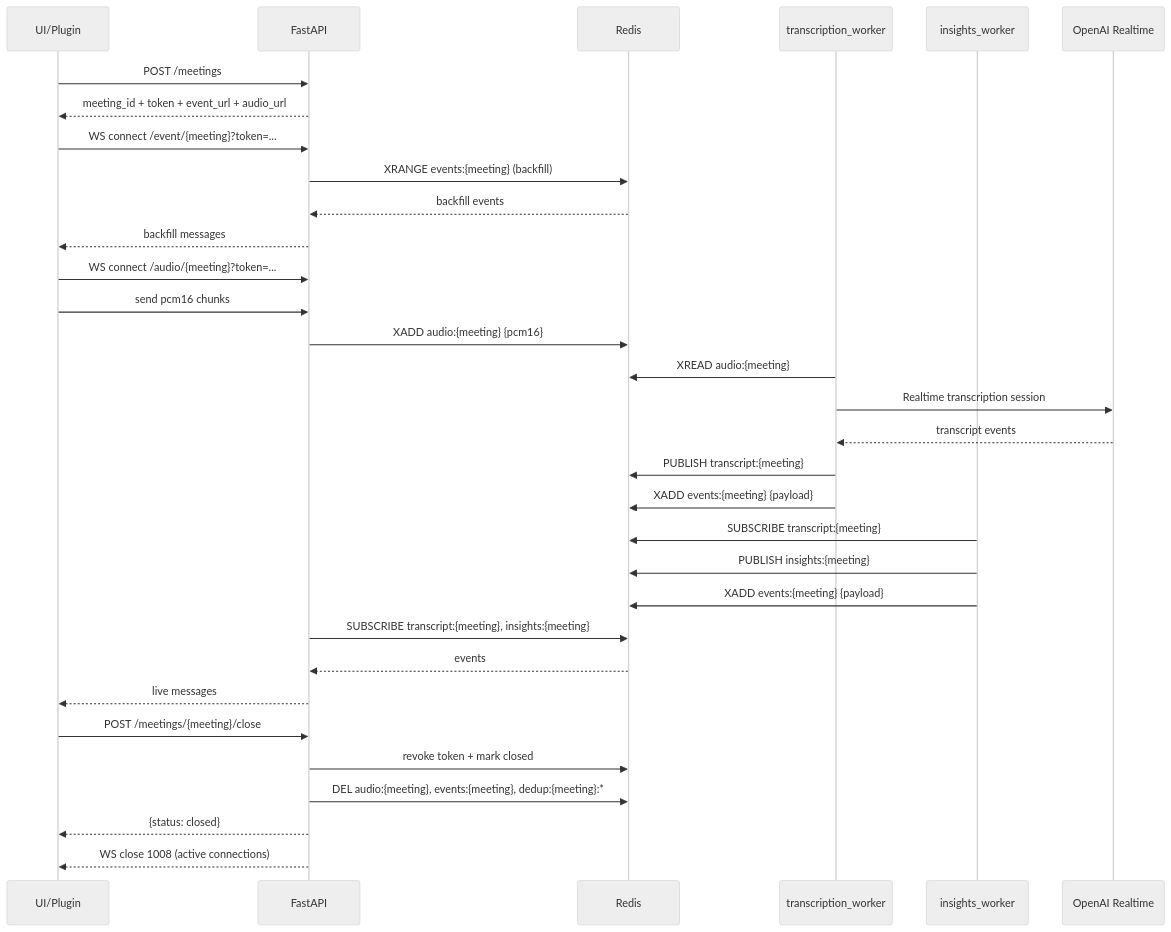
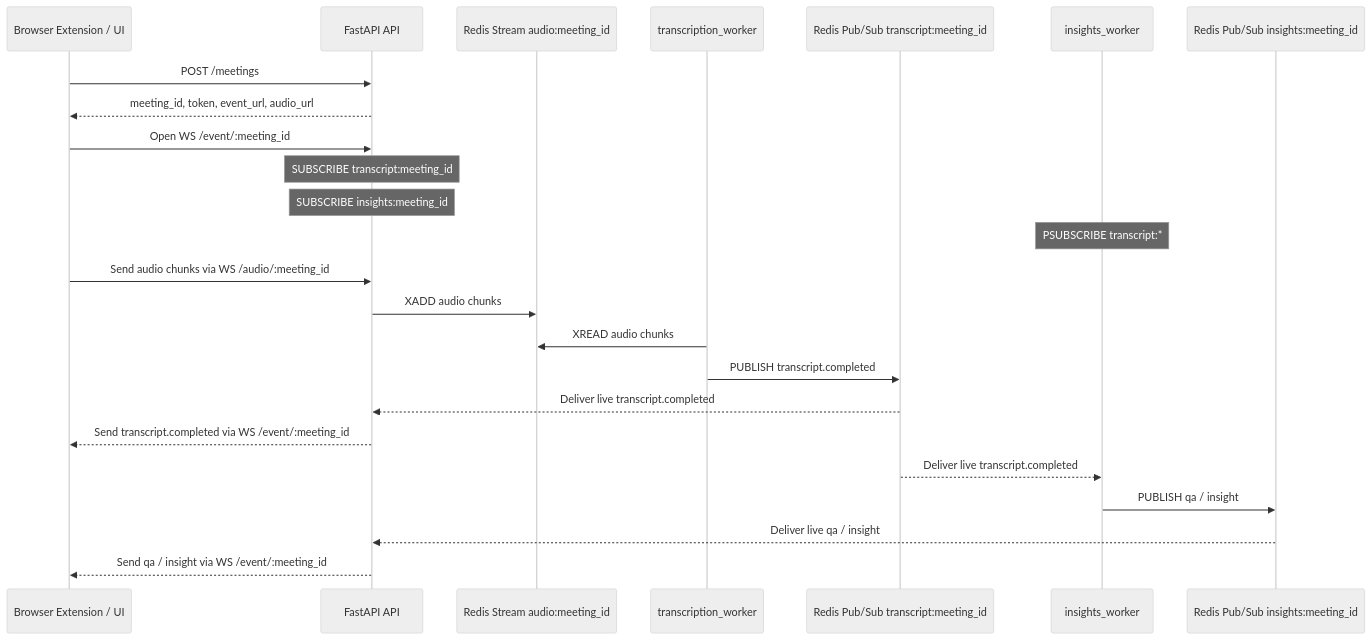
The second of 3 diagrams in README.md (GuuhRodrigues/context_ai_plugin), drawn with Mermaid (neutral theme) before and after one commit. The commit also changed other lines of this file, not shown here.

Commit message:
chore: clarify websocket event and observability flows

````diff
--- a/README.md
+++ b/README.md
@@ -83,41 +56,32 @@
 ```mermaid
 sequenceDiagram
-  participant UI as UI/Plugin
-  participant API as FastAPI
-  participant Redis as Redis
-  participant TR as transcription_worker
-  participant IN as insights_worker
-  participant OpenAI as OpenAI Realtime
+  participant UI as Browser Extension / UI
+  participant API as FastAPI API
+  participant Audio as Redis Stream audio:meeting_id
+  participant T as transcription_worker
+  participant Transcript as Redis Pub/Sub transcript:meeting_id
+  participant I as insights_worker
+  participant Insights as Redis Pub/Sub insights:meeting_id
 
   UI->>API: POST /meetings
-  API-->>UI: meeting_id + token + event_url + audio_url
+  API-->>UI: meeting_id, token, event_url, audio_url
 
-  UI->>API: WS connect /event/{meeting}?token=...
-  API->>Redis: XRANGE events:{meeting} (backfill)
-  Redis-->>API: backfill events
-  API-->>UI: backfill messages
+  UI->>API: Open WS /event/:meeting_id
+  Note over API: SUBSCRIBE transcript:meeting_id
+  Note over API: SUBSCRIBE insights:meeting_id
+  Note over I: PSUBSCRIBE transcript:*
 
-  UI->>API: WS connect /audio/{meeting}?token=...
-  UI->>API: send pcm16 chunks
-  API->>Redis: XADD audio:{meeting} {pcm16}
+  UI->>API: Send audio chunks via WS /audio/:meeting_id
 
-  TR->>Redis: XREAD audio:{meeting}
-  TR->>OpenAI: Realtime transcription session
-  OpenAI-->>TR: transcript events
-  TR->>Redis: PUBLISH transcript:{meeting}
-  TR->>Redis: XADD events:{meeting} {payload}
+  API->>Audio: XADD audio chunks
+  T->>Audio: XREAD audio chunks
+  T->>Transcript: PUBLISH transcript.completed
 
-  IN->>Redis: SUBSCRIBE transcript:{meeting}
-  IN->>Redis: PUBLISH insights:{meeting}
-  IN->>Redis: XADD events:{meeting} {payload}
+  Transcript-->>API: Deliver live transcript.completed
+  API-->>UI: Send transcript.completed via WS /event/:meeting_id
 
-  API->>Redis: SUBSCRIBE transcript:{meeting}, insights:{meeting}
-  Redis-->>API: events
-  API-->>UI: live messages
-
-  UI->>API: POST /meetings/{meeting}/close
-  API->>Redis: revoke token + mark closed
-  API->>Redis: DEL audio:{meeting}, events:{meeting}, dedup:{meeting}:*
-  API-->>UI: {status: closed}
-  API-->>UI: WS close 1008 (active connections)
+  Transcript-->>I: Deliver live transcript.completed
+  I->>Insights: PUBLISH qa / insight
+  Insights-->>API: Deliver live qa / insight
+  API-->>UI: Send qa / insight via WS /event/:meeting_id
 ```
````
